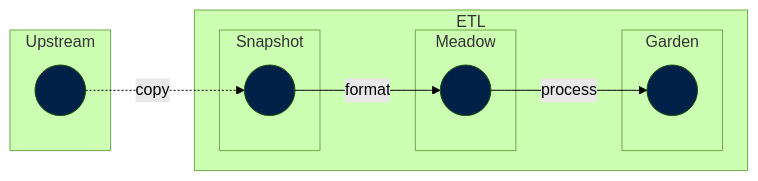
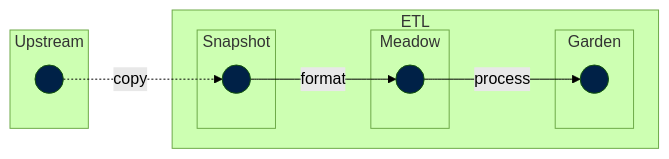
Before and after one commit to owid/etl: the third of 4 diagrams in docs/architecture/workflow/index.md, drawn with Mermaid (forest theme). The commit also changed other lines of this file and 11 other files, not shown here.

````diff
--- a/docs/architecture/workflow/index.md
+++ b/docs/architecture/workflow/index.md
@@ -109,32 +109,32 @@
 ```mermaid
 flowchart LR
 
-    upstream1((____)):::node -.->|copy| snapshot1((____)):::node
-    snapshot1((____)):::node -->|format| meadow1((____)):::node
-    meadow1((____)):::node -->|process| garden1((____)):::node
+    upstream1((&nbsp;&nbsp;&nbsp;)):::node -.->|copy| snapshot1((&nbsp;&nbsp;&nbsp;)):::node
+    snapshot1((&nbsp;&nbsp;&nbsp;)):::node -->|format| meadow1((&nbsp;&nbsp;&nbsp;)):::node
+    meadow1((&nbsp;&nbsp;&nbsp;)):::node -->|process| garden1((&nbsp;&nbsp;&nbsp;)):::node
 
     subgraph id0 [Upstream]
     upstream1
     end
 
     subgraph id1 [Snapshot]
     snapshot1
     end
 
     subgraph id2 [Meadow]
     meadow1
     end
 
     subgraph id3 [Garden]
     garden1
     end
 
     subgraph id [ETL]
     id1
     id2
     id3
     end
 
     classDef node fill:#002147,color:#002147
     classDef node_ss fill:#002147,color:#fff
 ```
````
